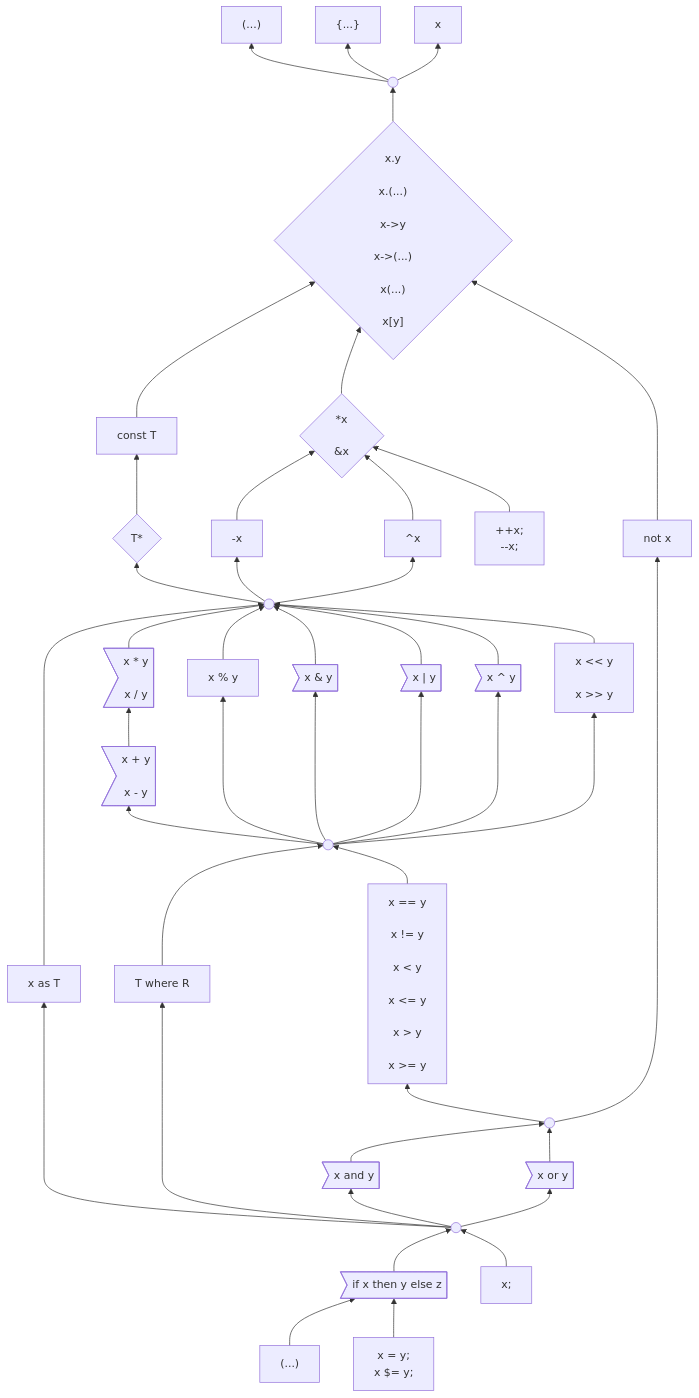
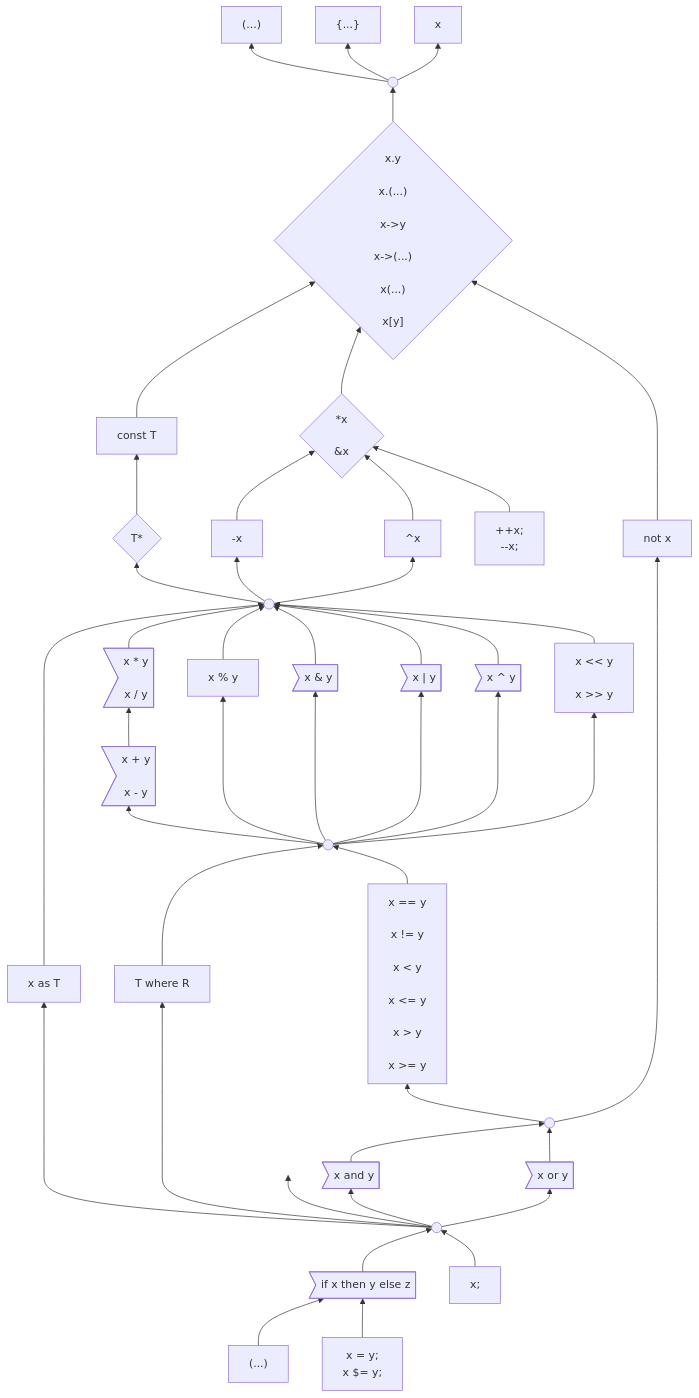
One commit to carbon-language/carbon-lang changed the first of 3 diagrams in docs/design/expressions/README.md. Above: the diagram before and after it, drawn with Mermaid.

Commit message:
Checkpoint progress.

```diff
--- a/docs/design/expressions/README.md
+++ b/docs/design/expressions/README.md
@@ -153,6 +153,8 @@
 
     expressionStatement["x;"]
 
+    classDef hidden display: none;
+
     top --> parens & braces & unqualifiedName
 
     suffixOps --> top
@@ -180,7 +182,7 @@
     and & or --> logicalOperand
     logicalExpression ----> as
     logicalExpression ----> where
-    logicalExpression --> and & or
+    logicalExpression --> HIDDEN:::hidden & and & or
     if & expressionStatement --> logicalExpression
     insideParens & assignment --> if
     %% Try and improve layout
```
